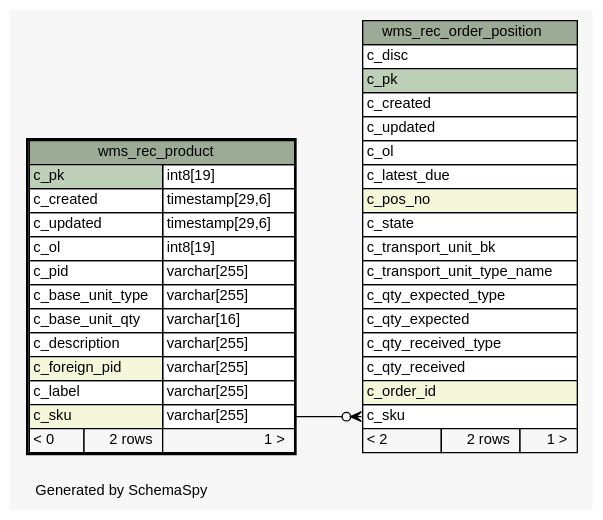
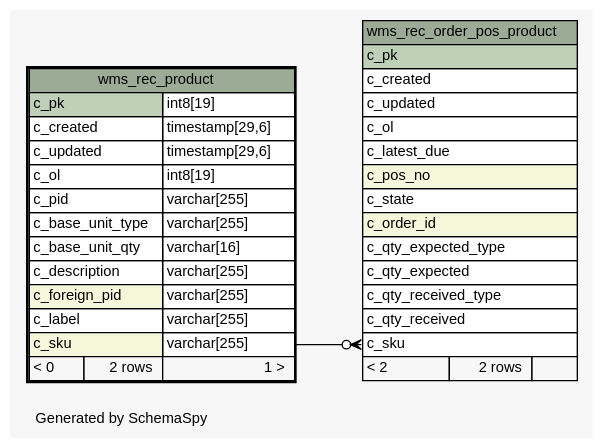
The diagram in 1.0.0-SNAPSHOT/schemaspy/diagrams/wms_rec_product.1degree.dot (openwms/org.openwms.wms.receiving.lib), drawn with Graphviz before and after one commit. The commit also changed 379 other files, not shown here.

```diff
--- a/1.0.0-SNAPSHOT/schemaspy/diagrams/wms_rec_product.1degree.dot
+++ b/1.0.0-SNAPSHOT/schemaspy/diagrams/wms_rec_product.1degree.dot
@@ -1,68 +1,65 @@
-// dot 2.43.0 on Linux 5.11.0-1022-azure
+// dot 2.43.0 on Linux 5.11.0-1027-azure
 // SchemaSpy rev Unknown
 digraph "oneDegreeRelationshipsDiagram" {
   graph [
     rankdir="RL"
     bgcolor="#f7f7f7"
     label="\nGenerated by SchemaSpy"
     labeljust="l"
     nodesep="0.18"
     ranksep="0.46"
     fontname="Helvetica"
     fontsize="11"
   ];
   node [
     fontname="Helvetica"
     fontsize="11"
     shape="plaintext"
   ];
   edge [
     arrowsize="0.8"
   ];
-  "wms_rec_order_position":"c_sku":w -> "wms_rec_product":"c_sku.type":e [arrowhead=none dir=back arrowtail=crowodot];
-  "wms_rec_order_position" [
+  "wms_rec_order_pos_product":"c_sku":w -> "wms_rec_product":"c_sku.type":e [arrowhead=none dir=back arrowtail=crowodot];
+  "wms_rec_order_pos_product" [
     label=<
     <TABLE BORDER="0" CELLBORDER="1" CELLSPACING="0" BGCOLOR="#ffffff">
-      <TR><TD COLSPAN="3" BGCOLOR="#9bab96" ALIGN="CENTER">wms_rec_order_position</TD></TR>
-      <TR><TD PORT="c_disc" COLSPAN="3" ALIGN="LEFT">c_disc</TD></TR>
+      <TR><TD COLSPAN="3" BGCOLOR="#9bab96" ALIGN="CENTER">wms_rec_order_pos_product</TD></TR>
       <TR><TD PORT="c_pk" COLSPAN="3" BGCOLOR="#bed1b8" ALIGN="LEFT">c_pk</TD></TR>
       <TR><TD PORT="c_created" COLSPAN="3" ALIGN="LEFT">c_created</TD></TR>
       <TR><TD PORT="c_updated" COLSPAN="3" ALIGN="LEFT">c_updated</TD></TR>
       <TR><TD PORT="c_ol" COLSPAN="3" ALIGN="LEFT">c_ol</TD></TR>
       <TR><TD PORT="c_latest_due" COLSPAN="3" ALIGN="LEFT">c_latest_due</TD></TR>
       <TR><TD PORT="c_pos_no" COLSPAN="3" BGCOLOR="#f4f7da" ALIGN="LEFT">c_pos_no</TD></TR>
       <TR><TD PORT="c_state" COLSPAN="3" ALIGN="LEFT">c_state</TD></TR>
-      <TR><TD PORT="c_transport_unit_bk" COLSPAN="3" ALIGN="LEFT">c_transport_unit_bk</TD></TR>
-      <TR><TD PORT="c_transport_unit_type_name" COLSPAN="3" ALIGN="LEFT">c_transport_unit_type_name</TD></TR>
+      <TR><TD PORT="c_order_id" COLSPAN="3" BGCOLOR="#f4f7da" ALIGN="LEFT">c_order_id</TD></TR>
       <TR><TD PORT="c_qty_expected_type" COLSPAN="3" ALIGN="LEFT">c_qty_expected_type</TD></TR>
       <TR><TD PORT="c_qty_expected" COLSPAN="3" ALIGN="LEFT">c_qty_expected</TD></TR>
       <TR><TD PORT="c_qty_received_type" COLSPAN="3" ALIGN="LEFT">c_qty_received_type</TD></TR>
       <TR><TD PORT="c_qty_received" COLSPAN="3" ALIGN="LEFT">c_qty_received</TD></TR>
-      <TR><TD PORT="c_order_id" COLSPAN="3" BGCOLOR="#f4f7da" ALIGN="LEFT">c_order_id</TD></TR>
       <TR><TD PORT="c_sku" COLSPAN="3" ALIGN="LEFT">c_sku</TD></TR>
-      <TR><TD ALIGN="LEFT" BGCOLOR="#f7f7f7">&lt; 2</TD><TD ALIGN="RIGHT" BGCOLOR="#f7f7f7">2 rows</TD><TD ALIGN="RIGHT" BGCOLOR="#f7f7f7">1 &gt;</TD></TR>
+      <TR><TD ALIGN="LEFT" BGCOLOR="#f7f7f7">&lt; 2</TD><TD ALIGN="RIGHT" BGCOLOR="#f7f7f7">2 rows</TD><TD ALIGN="RIGHT" BGCOLOR="#f7f7f7">  </TD></TR>
     </TABLE>>
-    URL="wms_rec_order_position.html"
-    tooltip="wms_rec_order_position"
+    URL="wms_rec_order_pos_product.html"
+    tooltip="wms_rec_order_pos_product"
   ];
   "wms_rec_product" [
     label=<
     <TABLE BORDER="2" CELLBORDER="1" CELLSPACING="0" BGCOLOR="#ffffff">
       <TR><TD COLSPAN="3" BGCOLOR="#9bab96" ALIGN="CENTER">wms_rec_product</TD></TR>
       <TR><TD PORT="c_pk" COLSPAN="2" BGCOLOR="#bed1b8" ALIGN="LEFT">c_pk</TD><TD PORT="c_pk.type" ALIGN="LEFT">int8[19]</TD></TR>
       <TR><TD PORT="c_created" COLSPAN="2" ALIGN="LEFT">c_created</TD><TD PORT="c_created.type" ALIGN="LEFT">timestamp[29,6]</TD></TR>
       <TR><TD PORT="c_updated" COLSPAN="2" ALIGN="LEFT">c_updated</TD><TD PORT="c_updated.type" ALIGN="LEFT">timestamp[29,6]</TD></TR>
       <TR><TD PORT="c_ol" COLSPAN="2" ALIGN="LEFT">c_ol</TD><TD PORT="c_ol.type" ALIGN="LEFT">int8[19]</TD></TR>
       <TR><TD PORT="c_pid" COLSPAN="2" ALIGN="LEFT">c_pid</TD><TD PORT="c_pid.type" ALIGN="LEFT">varchar[255]</TD></TR>
       <TR><TD PORT="c_base_unit_type" COLSPAN="2" ALIGN="LEFT">c_base_unit_type</TD><TD PORT="c_base_unit_type.type" ALIGN="LEFT">varchar[255]</TD></TR>
       <TR><TD PORT="c_base_unit_qty" COLSPAN="2" ALIGN="LEFT">c_base_unit_qty</TD><TD PORT="c_base_unit_qty.type" ALIGN="LEFT">varchar[16]</TD></TR>
       <TR><TD PORT="c_description" COLSPAN="2" ALIGN="LEFT">c_description</TD><TD PORT="c_description.type" ALIGN="LEFT">varchar[255]</TD></TR>
       <TR><TD PORT="c_foreign_pid" COLSPAN="2" BGCOLOR="#f4f7da" ALIGN="LEFT">c_foreign_pid</TD><TD PORT="c_foreign_pid.type" ALIGN="LEFT">varchar[255]</TD></TR>
       <TR><TD PORT="c_label" COLSPAN="2" ALIGN="LEFT">c_label</TD><TD PORT="c_label.type" ALIGN="LEFT">varchar[255]</TD></TR>
       <TR><TD PORT="c_sku" COLSPAN="2" BGCOLOR="#f4f7da" ALIGN="LEFT">c_sku</TD><TD PORT="c_sku.type" ALIGN="LEFT">varchar[255]</TD></TR>
       <TR><TD ALIGN="LEFT" BGCOLOR="#f7f7f7">&lt; 0</TD><TD ALIGN="RIGHT" BGCOLOR="#f7f7f7">2 rows</TD><TD ALIGN="RIGHT" BGCOLOR="#f7f7f7">1 &gt;</TD></TR>
     </TABLE>>
     URL="wms_rec_product.html"
     tooltip="wms_rec_product"
   ];
 }
```
